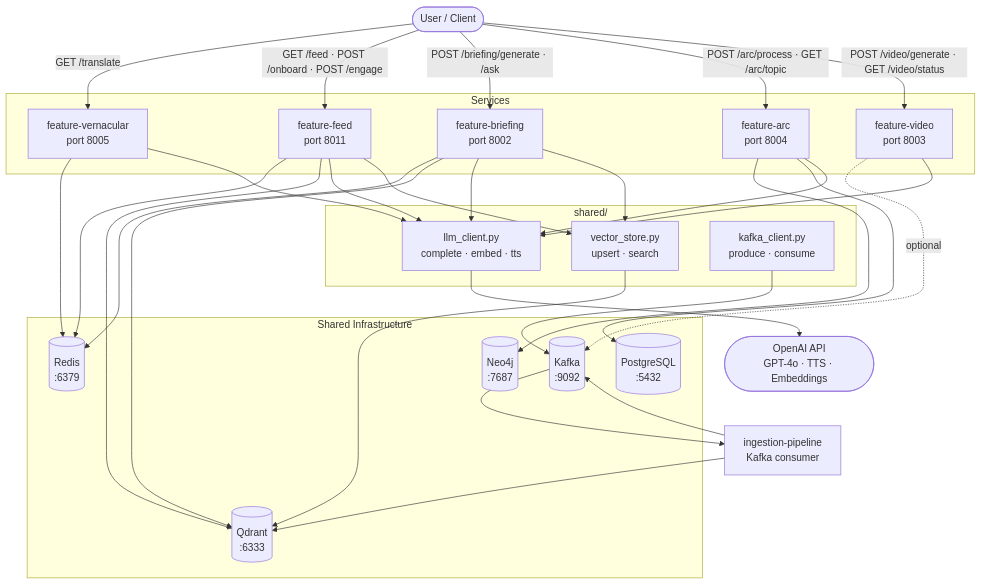
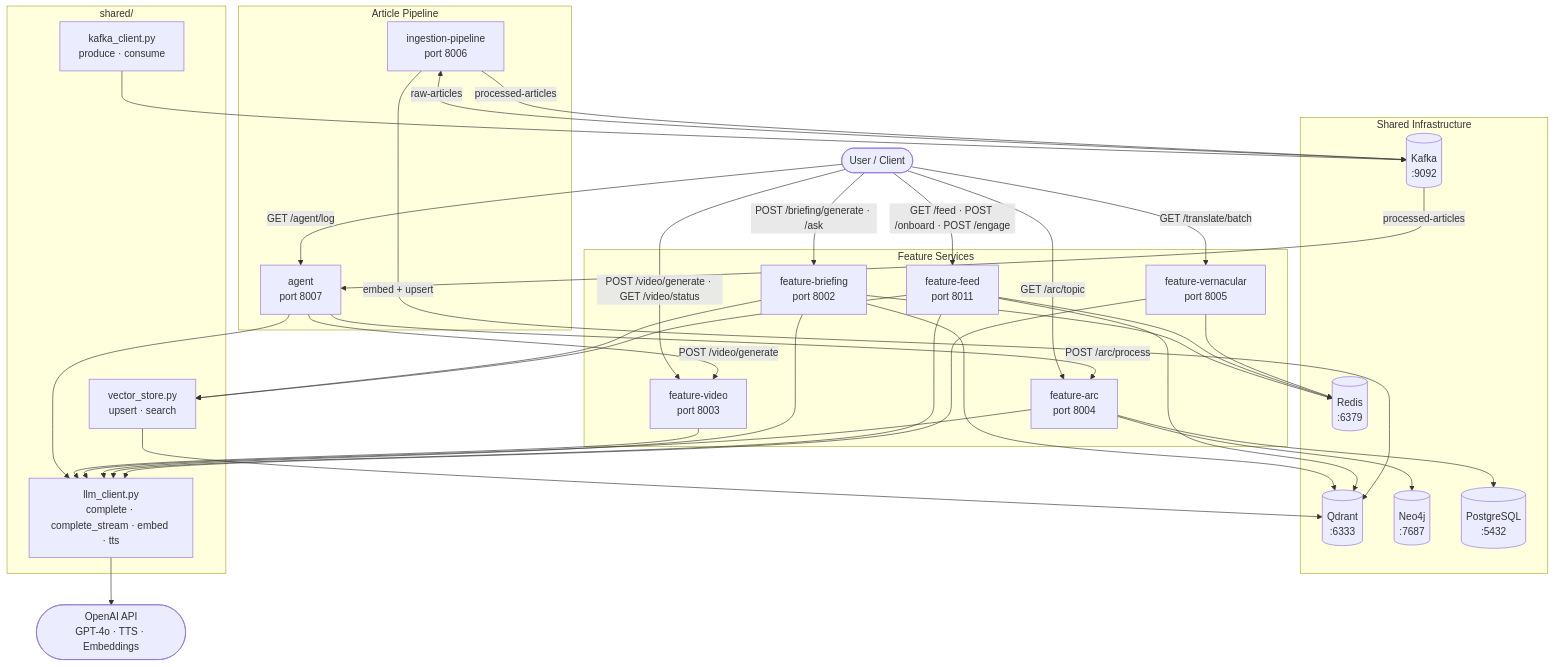
Before and after one commit to anishaman6206/et-news-platform: the diagram in ARCHITECTURE.md, drawn with Mermaid. The commit also changed other lines of this file and 4 other files, not shown here.

First line of the commit message:
docs: update README, ARCHITECTURE, startup scripts

````diff
--- a/ARCHITECTURE.md
+++ b/ARCHITECTURE.md
@@ -19,62 +15,68 @@
 ```mermaid
 flowchart TD
   User([User / Client])
 
-  subgraph Services
+  subgraph Pipeline[Article Pipeline]
+    Ingest[ingestion-pipeline\nport 8006]
+    Agent[agent\nport 8007]
+  end
+
+  subgraph Services[Feature Services]
     V[feature-vernacular\nport 8005]
     F[feature-feed\nport 8011]
     B[feature-briefing\nport 8002]
     A[feature-arc\nport 8004]
     VD[feature-video\nport 8003]
   end
 
   subgraph Infra[Shared Infrastructure]
     Redis[(Redis\n:6379)]
     Qdrant[(Qdrant\n:6333)]
     Neo4j[(Neo4j\n:7687)]
     Postgres[(PostgreSQL\n:5432)]
     Kafka[(Kafka\n:9092)]
   end
 
   subgraph Shared[shared/]
-    LLM[llm_client.py\ncomplete · embed · tts]
+    LLM[llm_client.py\ncomplete · complete_stream · embed · tts]
     VS[vector_store.py\nupsert · search]
     KC[kafka_client.py\nproduce · consume]
   end
 
   OpenAI([OpenAI API\nGPT-4o · TTS · Embeddings])
 
-  Ingestion[ingestion-pipeline\nKafka consumer]
+  Kafka -->|raw-articles| Ingest
+  Ingest -->|embed + upsert| Qdrant
+  Ingest -->|processed-articles| Kafka
+  Kafka -->|processed-articles| Agent
+  Agent -->|POST /arc/process| A
+  Agent -->|POST /video/generate| VD
 
-  User -->|GET /translate| V
+  User -->|GET /translate/batch| V
   User -->|GET /feed · POST /onboard · POST /engage| F
   User -->|POST /briefing/generate · /ask| B
-  User -->|POST /arc/process · GET /arc/topic| A
+  User -->|GET /arc/topic| A
   User -->|POST /video/generate · GET /video/status| VD
+  User -->|GET /agent/log| Agent
 
   V --> Redis
   F --> Redis
   F --> Qdrant
   B --> Redis
   B --> Qdrant
   A --> Neo4j
   A --> Postgres
-  VD -.->|optional| Kafka
-
-  Kafka --> Ingestion
-  Ingestion --> Qdrant
-  Ingestion --> Kafka
 
   V --> LLM
   F --> LLM
   F --> VS
   B --> LLM
   B --> VS
   A --> LLM
   VD --> LLM
+  Agent --> LLM
 
   VS --> Qdrant
   KC --> Kafka
-
   LLM --> OpenAI
 ```
````
